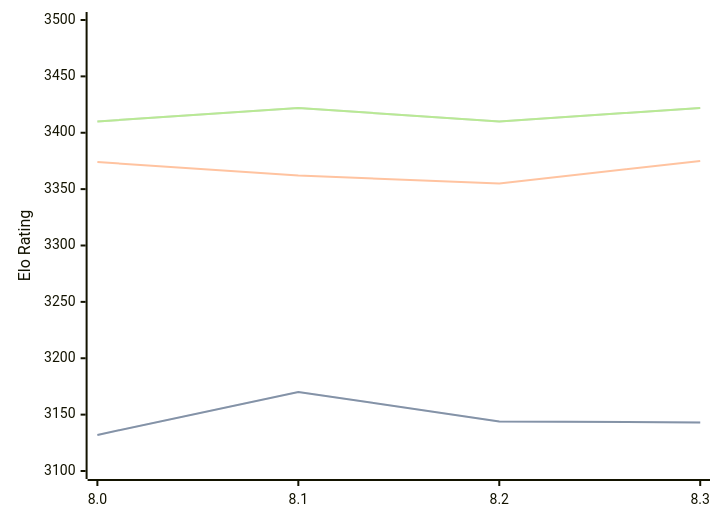
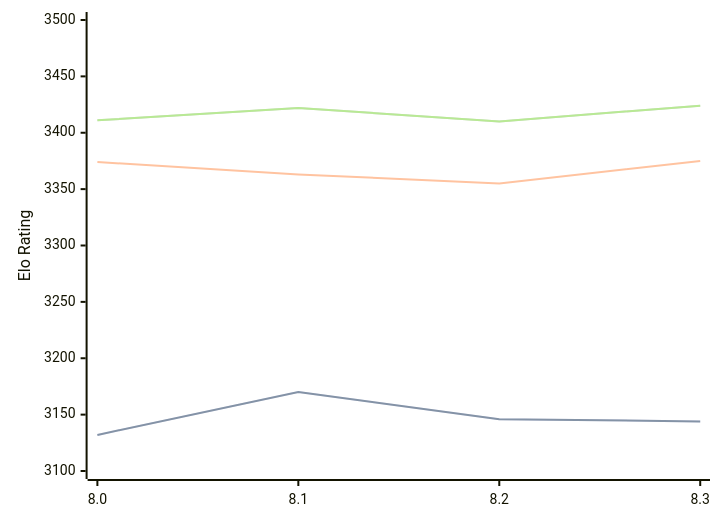
One commit to computer-chess-index/cci changed the diagram in engines/Alexander.md. Above: the diagram before and after it, drawn with Mermaid. The commit also changed other lines of this file, not shown here.

Commit message:
Update CCI Ratings (ELO VLTC) - 2026-08-19

````diff
--- a/engines/Alexander.md
+++ b/engines/Alexander.md
@@ -34,11 +34,11 @@
 ```mermaid
 %%{init: {"theme":"base","themeVariables":{"seriesColors:['#a3a3a3','#222221','#faa371']}}}%%
 xychart-beta
   x-axis ["8.0", "8.1", "8.2", "8.3"]
   y-axis "Elo Rating" 3100 --> 3500
-  line "STC (8.0+0.08s)" [3132, 3170, 3144, 3143]
-  line "STC (8.0+0.08s)" [3132, 3170, 3144, 3143]
-  line "LTC (60.0+0.60s)" [3374, 3362, 3355, 3375]
-  line "VLTC (2m24s+1.12s)" [3410, 3422, 3410, 3422]
-  line "VLTC (2m24s+1.12s)" [3410, 3422, 3410, 3422]
+  line "STC (8.0+0.08s)" [3132, 3170, 3146, 3144]
+  line "STC (8.0+0.08s)" [3132, 3170, 3146, 3144]
+  line "LTC (60.0+0.60s)" [3374, 3363, 3355, 3375]
+  line "VLTC (2m24s+1.12s)" [3411, 3422, 3410, 3424]
+  line "VLTC (2m24s+1.12s)" [3411, 3422, 3410, 3424]
 ```
````
